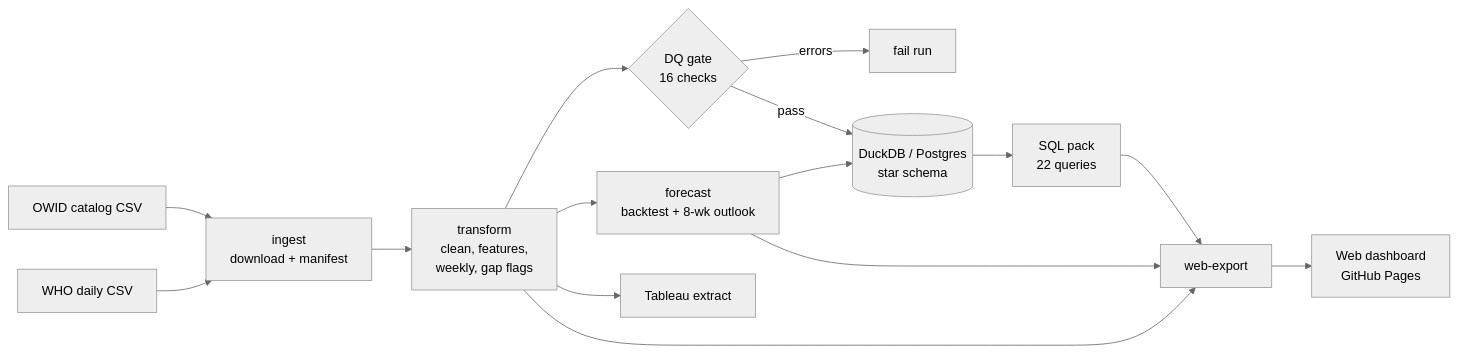
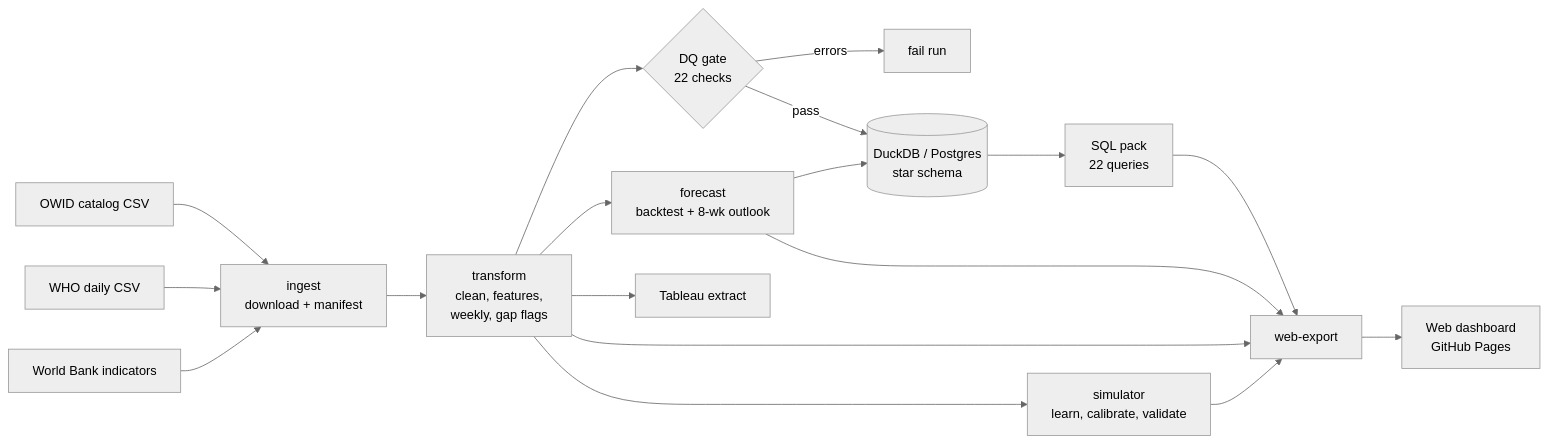
Before and after one commit to aagamshah15/COVID-19-Analytics: the diagram in README.md, drawn with Mermaid (neutral theme). The commit also changed other lines of this file and 4 other files, not shown here.

````diff
--- a/README.md
+++ b/README.md
@@ -35,17 +35,20 @@
 ```mermaid
 flowchart LR
     A[OWID catalog CSV] --> I[ingest<br/>download + manifest]
     B[WHO daily CSV] --> I
+    C[World Bank indicators] --> I
     I --> T[transform<br/>clean, features,<br/>weekly, gap flags]
-    T --> Q{DQ gate<br/>16 checks}
+    T --> Q{DQ gate<br/>22 checks}
     Q -- errors --> X[fail run]
     Q -- pass --> W[(DuckDB / Postgres<br/>star schema)]
     T --> F[forecast<br/>backtest + 8-wk outlook]
     F --> W
     W --> S[SQL pack<br/>22 queries]
     S --> J[web-export]
     F --> J
     T --> J
+    T --> M[simulator<br/>learn, calibrate, validate]
+    M --> J
     J --> D[Web dashboard<br/>GitHub Pages]
     T --> E[Tableau extract]
 ```
````
